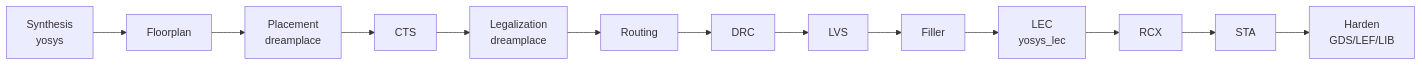
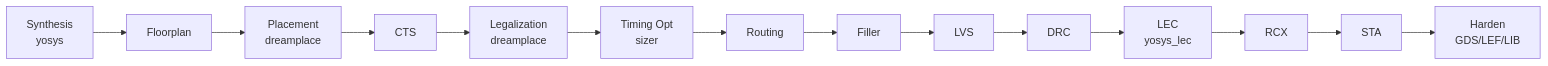
The second of 2 diagrams in docs/ecc-cli-tutorial.en.md (openecos-projects/ecc), drawn with Mermaid before and after one commit. The commit also changed other lines of this file and 8 other files, not shown here.

````diff
--- a/docs/ecc-cli-tutorial.en.md
+++ b/docs/ecc-cli-tutorial.en.md
@@ -262,6 +269,6 @@
 ```mermaid
 graph LR
     A[Synthesis<br/>yosys] --> B[Floorplan] --> D[Placement<br/>dreamplace]
-    D --> E[CTS] --> F[Legalization<br/>dreamplace] --> G[Routing] --> H[DRC] --> I[LVS]
-    I --> J[Filler] --> N[LEC<br/>yosys_lec] --> K[RCX] --> L[STA] --> M[Harden<br/>GDS/LEF/LIB]
+    D --> E[CTS] --> F[Legalization<br/>dreamplace] --> T[Timing Opt<br/>sizer] --> G[Routing]
+    G --> J[Filler] --> I[LVS] --> H[DRC] --> N[LEC<br/>yosys_lec] --> K[RCX] --> L[STA] --> M[Harden<br/>GDS/LEF/LIB]
 ```
````
